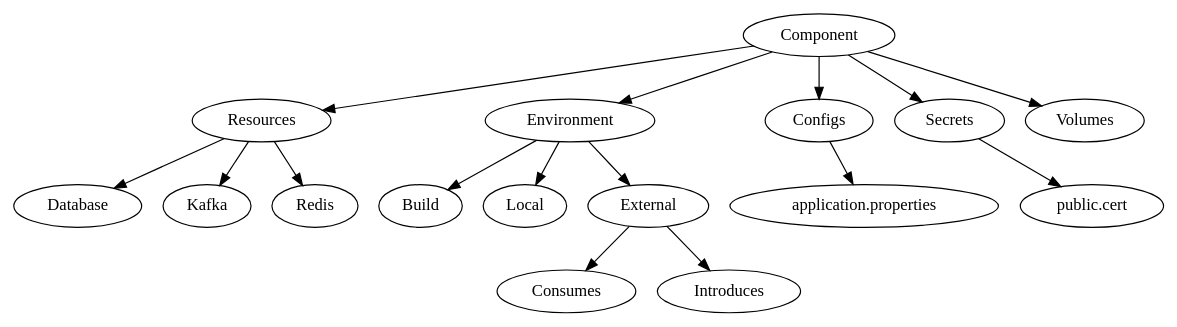
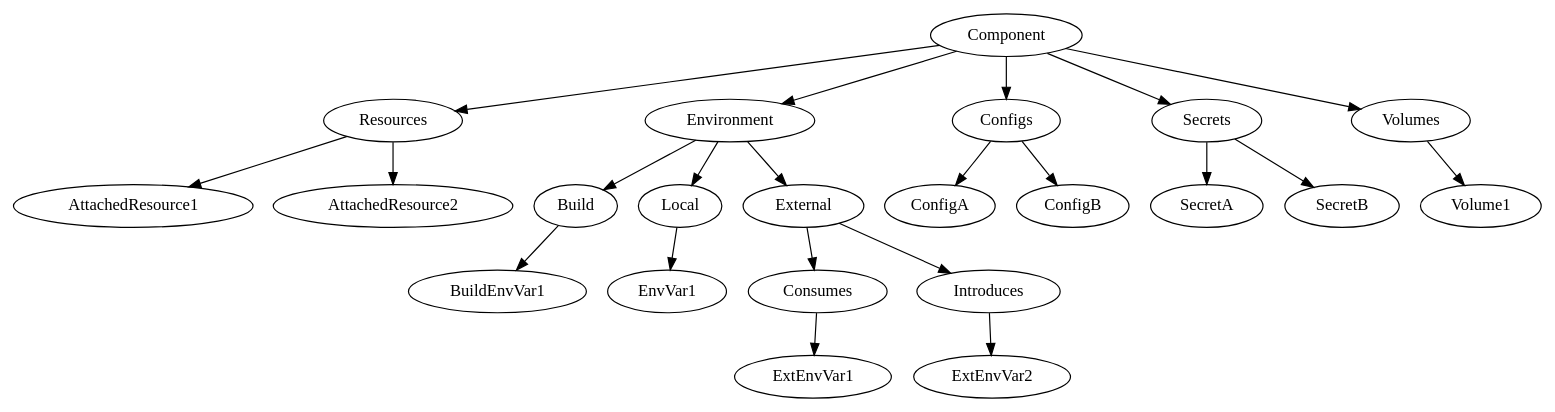
Before and after one commit to laetho/metagraf: the diagram in doc/component.gv, drawn with Graphviz. The commit also changed 1 other file, not shown here.

Commit message:
Some additional work on the single component graph example

```diff
--- a/doc/component.gv
+++ b/doc/component.gv
@@ -1,44 +1,54 @@
 digraph G {
     rank=lrtp
     /* Entities */
     Component
 
     Resources
     Environment
     Configs
     Secrets
 
     Build
     Local
     External
 
     Consumes
     Introduces
 
     //shortName [label="shortName", shape="|square,rectangle,circle,ellipse,triangle,plaintext,point,diamond,pentagon,hexagon,septagon,octagon,egg,trapezium,parallelogram,house,doublecircle,doubleoctagon,tripleoctagon,invtriangle,invtrapezium,invhouse,Mdiamond,Msquare,Mcircle,none,note,tab,folder,box3d|", URL="http://en.wikipedia.org/wiki/John de Fries"]
     
     /* Relationships */
     Component -> Resources
     Component -> Environment
     Component -> Configs
     Component -> Secrets
     Component -> Volumes
 
     Environment -> Build
     Environment -> Local
     Environment -> External
 
+    Build -> BuildEnvVar1
+    Local -> EnvVar1
+
     External -> Consumes
     External -> Introduces
 
-    Configs -> "application.properties"
+    Consumes -> ExtEnvVar1
+    Introduces -> ExtEnvVar2
 
-    Secrets -> "public.cert"
+    Configs -> ConfigA
+    Configs -> ConfigB
 
-    Resources -> Database
-    Resources -> Kafka
-    Resources -> Redis
+    Secrets -> SecretA
+    Secrets -> SecretB
+
+    Resources -> AttachedResource1
+    Resources -> AttachedResource2 
+
+    Volumes -> Volume1
+
 
     /* Ranks */
     //{ rank=lr|same,min,max,# max is bottom|; shortName; };
 }
```
